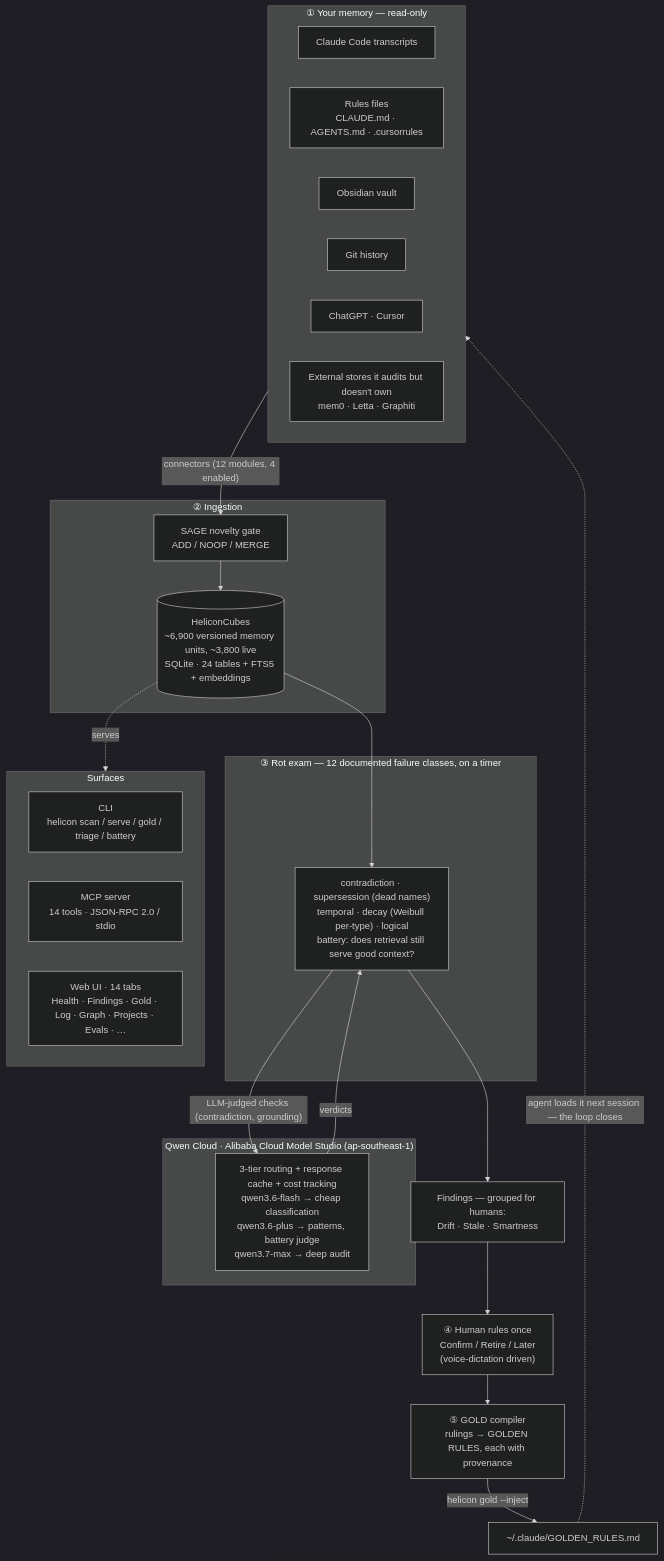
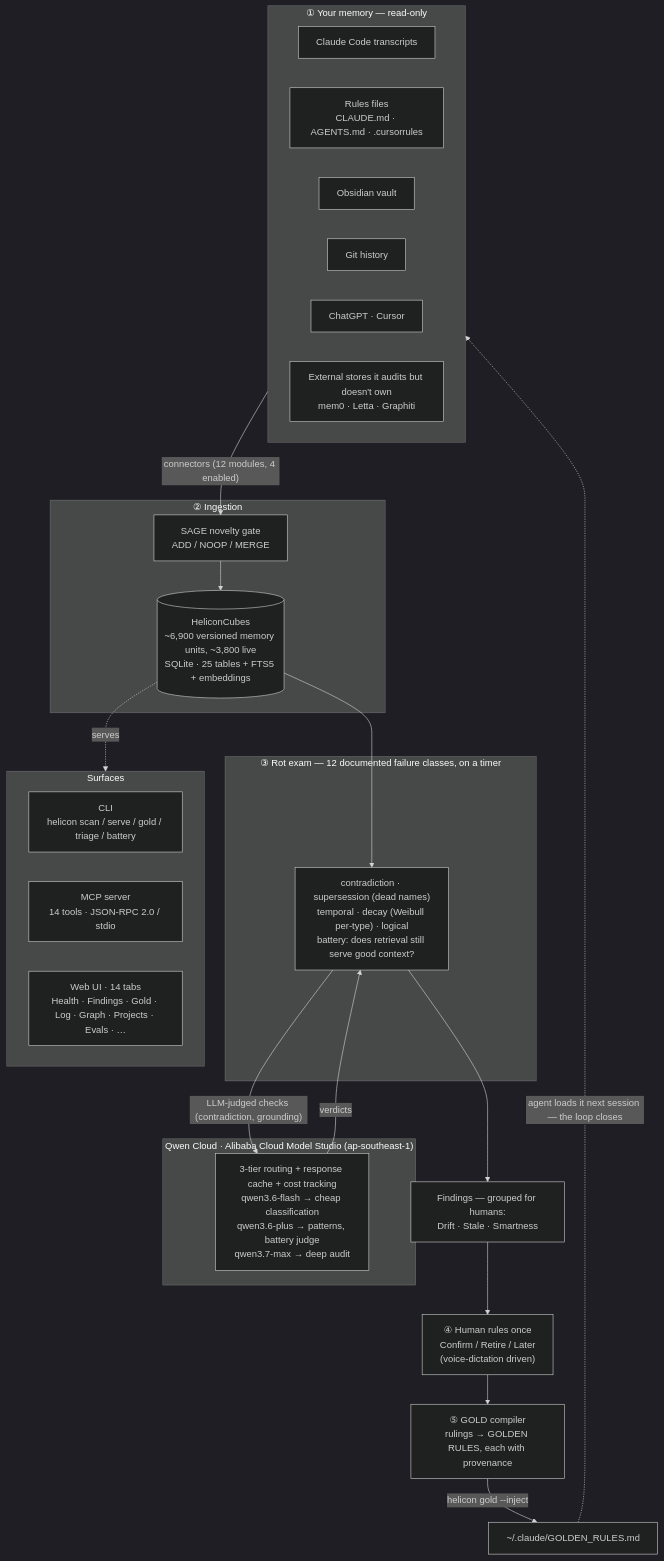
One commit to Morkeeth/mountain-of-helicon changed the diagram in ARCHITECTURE.md. Above: the diagram before and after it, drawn with Mermaid (dark theme). The commit also changed other lines of this file and 8 other files, not shown here.

````diff
--- a/ARCHITECTURE.md
+++ b/ARCHITECTURE.md
@@ -9,45 +9,45 @@
 ```mermaid
 flowchart TD
   subgraph SRC["① Your memory — read-only"]
     A1["Claude Code transcripts"]
     A2["Rules files<br/>CLAUDE.md · AGENTS.md · .cursorrules"]
     A3["Obsidian vault"]
     A4["Git history"]
     A5["ChatGPT · Cursor"]
     A6["External stores it audits but doesn't own<br/>mem0 · Letta · Graphiti"]
   end
 
   SRC -->|"connectors (12 modules, 4 enabled)"| GATE
 
   subgraph INGEST["② Ingestion"]
     GATE["SAGE novelty gate<br/>ADD / NOOP / MERGE"]
-    CUBES[("HeliconCubes<br/>~6,900 versioned memory units, ~3,800 live<br/>SQLite · 24 tables + FTS5 + embeddings")]
+    CUBES[("HeliconCubes<br/>~6,900 versioned memory units, ~3,800 live<br/>SQLite · 25 tables + FTS5 + embeddings")]
     GATE --> CUBES
   end
 
   CUBES --> EXAM
 
   subgraph AUDIT["③ Rot exam — 12 documented failure classes, on a timer"]
     EXAM["contradiction · supersession (dead names)<br/>temporal · decay (Weibull per-type) · logical<br/>battery: does retrieval still serve good context?"]
   end
 
   EXAM -->|"LLM-judged checks (contradiction, grounding)"| QWEN
   QWEN -->|verdicts| EXAM
 
   subgraph QWENC["Qwen Cloud · Alibaba Cloud Model Studio (ap-southeast-1)"]
     QWEN["3-tier routing + response cache + cost tracking<br/>qwen3.6-flash → cheap classification<br/>qwen3.6-plus → patterns, battery judge<br/>qwen3.7-max → deep audit"]
   end
 
   EXAM --> FIND["Findings — grouped for humans:<br/>Drift · Stale · Smartness"]
   FIND --> HUMAN["④ Human rules once<br/>Confirm / Retire / Later<br/>(voice-dictation driven)"]
   HUMAN --> GOLD["⑤ GOLD compiler<br/>rulings → GOLDEN RULES, each with provenance"]
   GOLD -->|"helicon gold --inject"| INJECT["~/.claude/GOLDEN_RULES.md"]
   INJECT -.->|"agent loads it next session — the loop closes"| SRC
 
   CUBES -.serves.-> SURF
   subgraph SURF["Surfaces"]
     CLI["CLI<br/>helicon scan / serve / gold / triage / battery"]
     MCP["MCP server<br/>14 tools · JSON-RPC 2.0 / stdio"]
     WEB["Web UI · 14 tabs<br/>Health · Findings · Gold · Log · Graph · Projects · Evals · …"]
   end
 ```
````
